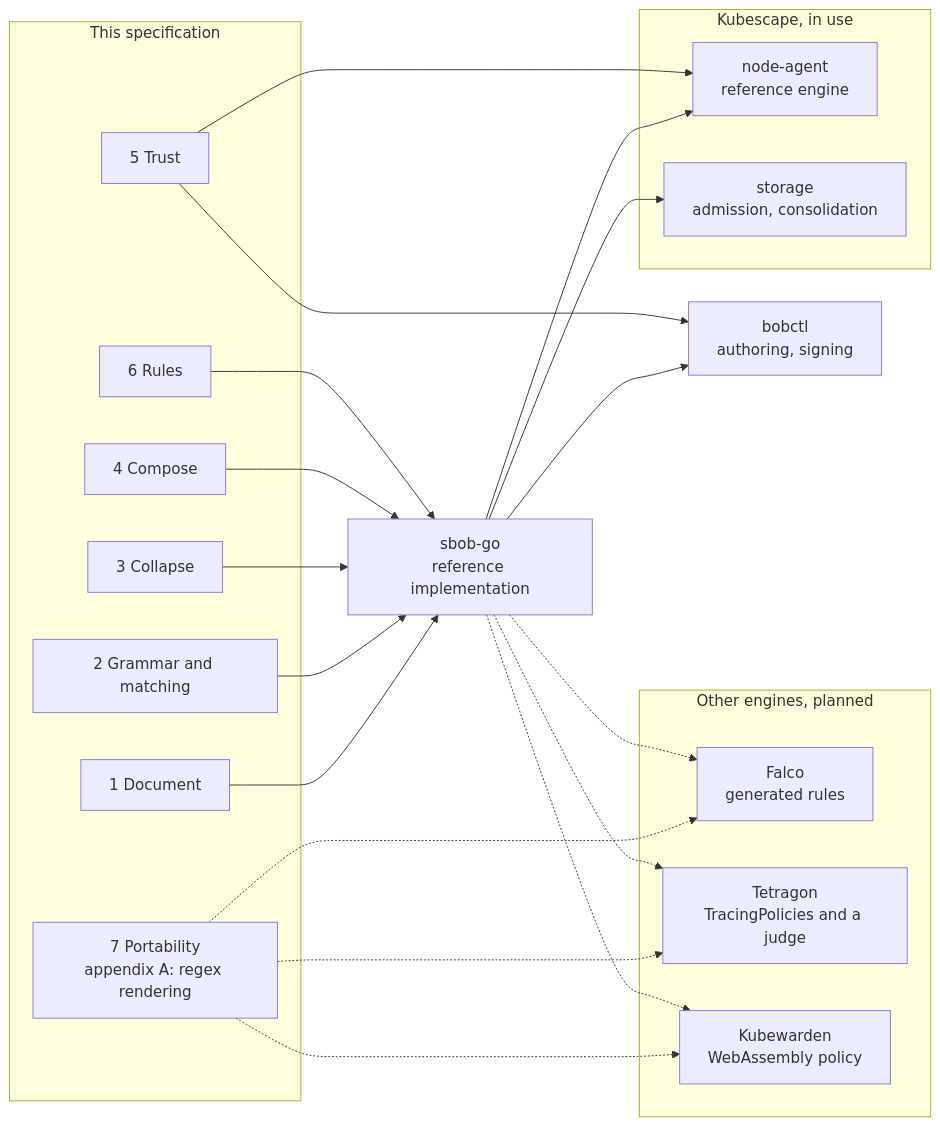
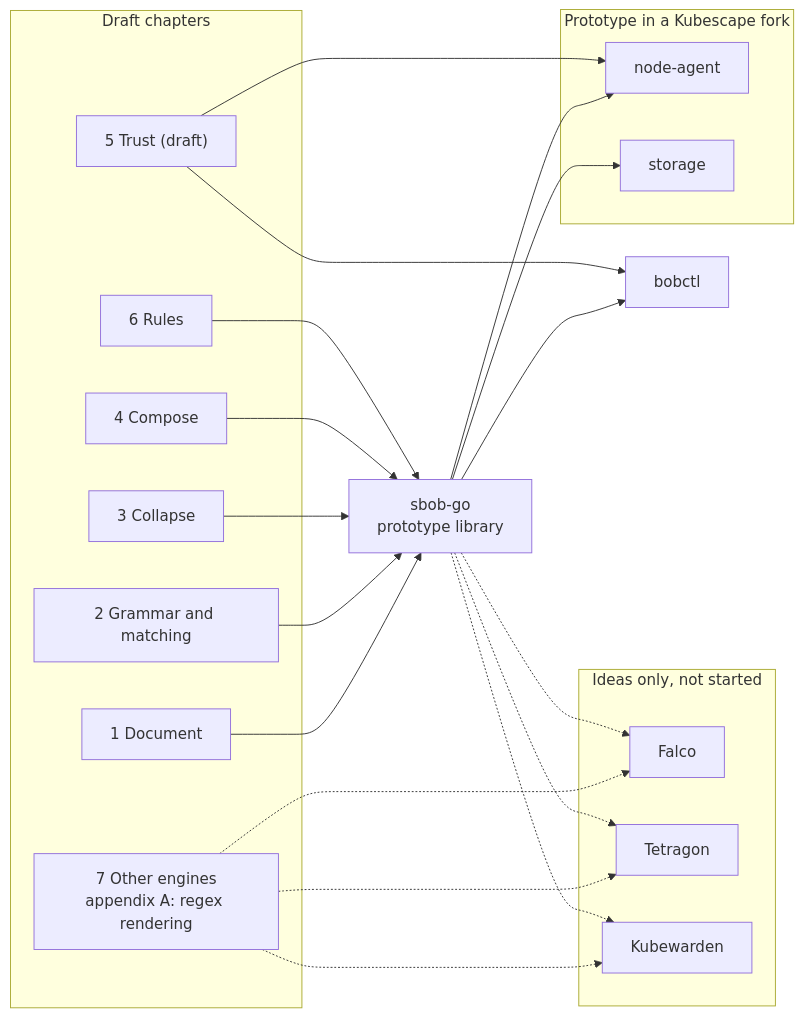
Before and after one commit to k8sstormcenter/sbob-spec: the diagram in README.md, drawn with Mermaid. The commit also changed other lines of this file, not shown here.

Commit message:
README: present the drafts as a proposal to unify runtime profiling, not a working system

````diff
--- a/README.md
+++ b/README.md
@@ -15,43 +24,43 @@
 ```mermaid
 flowchart LR
-    subgraph spec["This specification"]
+    subgraph spec["Draft chapters"]
         c1["1 Document"]
         c2["2 Grammar and matching"]
         c3["3 Collapse"]
         c4["4 Compose"]
-        c5["5 Trust"]
+        c5["5 Trust (draft)"]
         c6["6 Rules"]
-        c7["7 Portability<br/>appendix A: regex rendering"]
+        c7["7 Other engines<br/>appendix A: regex rendering"]
     end
 
-    lib["sbob-go<br/>reference implementation"]
+    lib["sbob-go<br/>prototype library"]
 
-    subgraph ks["Kubescape, in use"]
-        agent["node-agent<br/>reference engine"]
-        storage["storage<br/>admission, consolidation"]
+    subgraph ks["Prototype in a Kubescape fork"]
+        agent["node-agent"]
+        storage["storage"]
     end
-    bobctl["bobctl<br/>authoring, signing"]
+    bobctl["bobctl"]
 
-    subgraph next["Other engines, planned"]
-        falco["Falco<br/>generated rules"]
-        tetragon["Tetragon<br/>TracingPolicies and a judge"]
-        kubewarden["Kubewarden<br/>WebAssembly policy"]
+    subgraph next["Ideas only, not started"]
+        falco["Falco"]
+        tetragon["Tetragon"]
+        kubewarden["Kubewarden"]
     end
 
     c1 --> lib
     c2 --> lib
     c3 --> lib
     c4 --> lib
     c6 --> lib
     lib --> agent
     lib --> storage
     lib --> bobctl
     c5 --> agent
     c5 --> bobctl
     c7 -.-> falco
     c7 -.-> tetragon
     c7 -.-> kubewarden
     lib -.-> falco
     lib -.-> tetragon
     lib -.-> kubewarden
 ```
````
